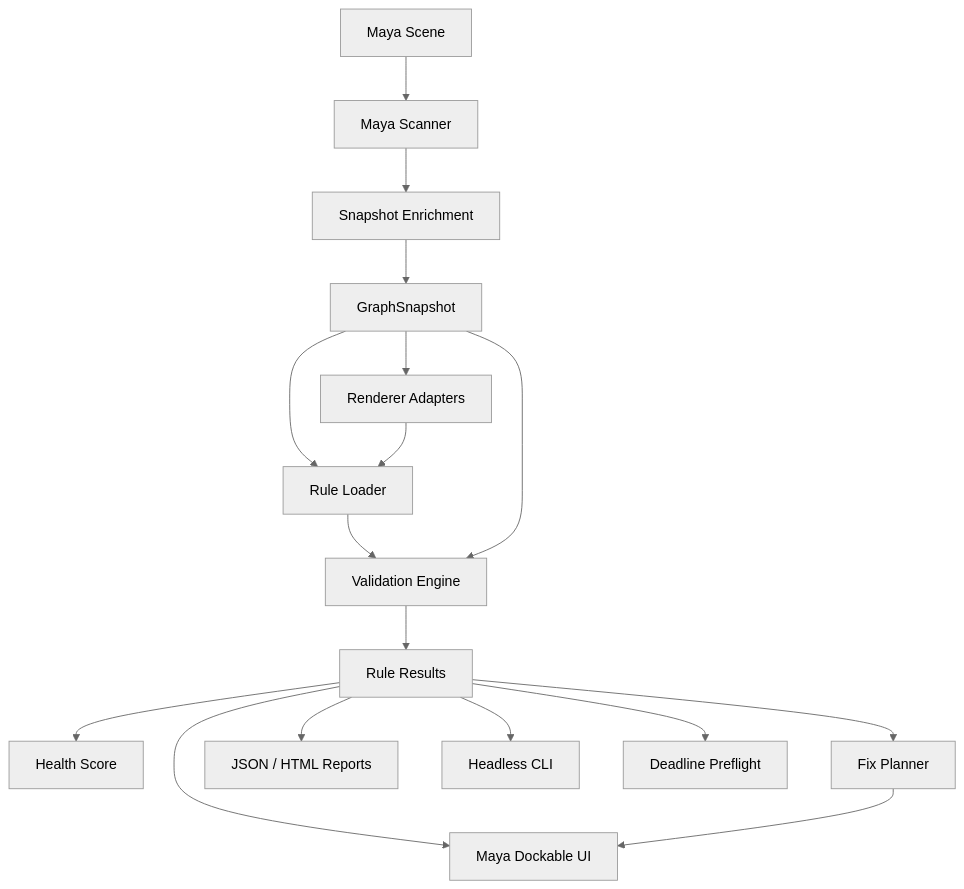
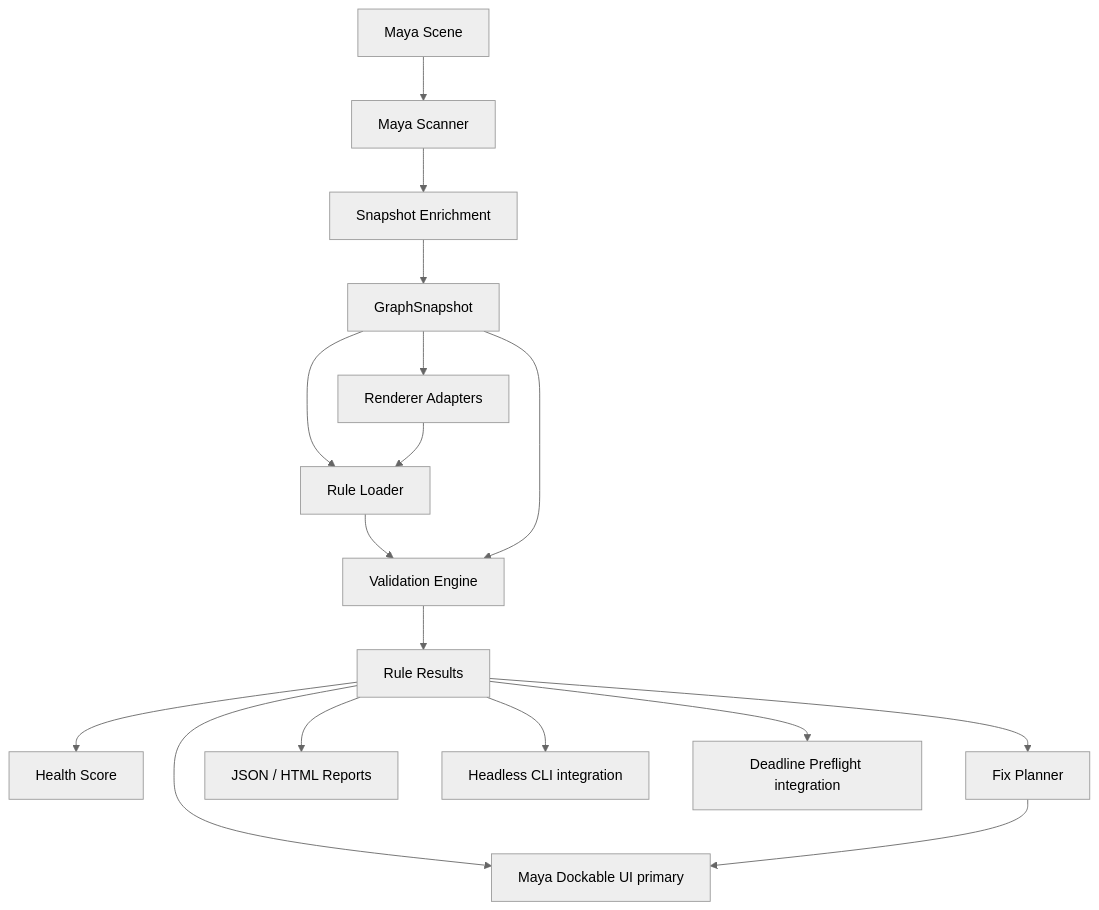
Before and after one commit to armasonix/maya-pipeline-inspector: the second of 3 diagrams in docs/ARCHITECTURE.md, drawn with Mermaid (neutral theme). The commit also changed other lines of this file and 3 other files, not shown here.

````diff
--- a/docs/ARCHITECTURE.md
+++ b/docs/ARCHITECTURE.md
@@ -35,19 +95,19 @@
 ```mermaid
 flowchart TD
     SCENE[Maya Scene] --> SCANNER[Maya Scanner]
     SCANNER --> ENRICH[Snapshot Enrichment]
     ENRICH --> SNAPSHOT[GraphSnapshot]
     SNAPSHOT --> ADAPTERS[Renderer Adapters]
     SNAPSHOT --> RULES[Rule Loader]
     ADAPTERS --> RULES
     RULES --> ENGINE[Validation Engine]
     SNAPSHOT --> ENGINE
     ENGINE --> RESULTS[Rule Results]
     RESULTS --> SCORE[Health Score]
     RESULTS --> FIXPLAN[Fix Planner]
     RESULTS --> REPORTS[JSON / HTML Reports]
-    RESULTS --> UI[Maya Dockable UI]
-    RESULTS --> CLI[Headless CLI]
-    RESULTS --> DEADLINE[Deadline Preflight]
+    RESULTS --> UI[Maya Dockable UI primary]
+    RESULTS --> CLI[Headless CLI integration]
+    RESULTS --> DEADLINE[Deadline Preflight integration]
     FIXPLAN --> UI
 ```
````
